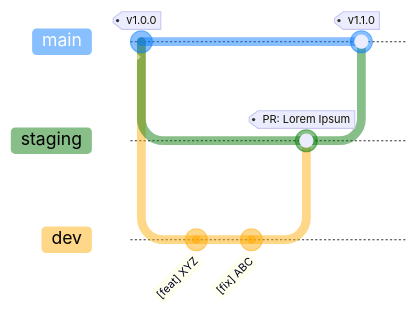
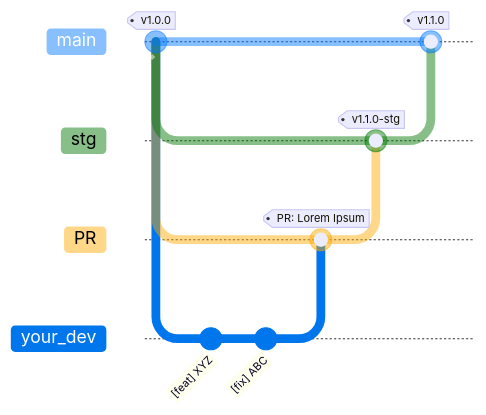
One commit to LucasGoncSilva/swarden changed the first of 3 diagrams in .github/CONTRIBUTING.md. Above: the diagram before and after it, drawn with Mermaid. The commit also changed other lines of this file and 1 other file, not shown here.

````diff
--- a/.github/CONTRIBUTING.md
+++ b/.github/CONTRIBUTING.md
@@ -96,19 +96,22 @@
 ```mermaid
 %%{init: { 'logLevel': 'debug', 'themeVariables': {
             'git0': '#0077ff77',
             'git1': '#00770077',
             'git2': '#ffaa0077'
     } } }%%
 
 gitGraph
     commit id: " " tag: "v1.0.0"
-    branch staging
-    branch dev
-    checkout dev
+    branch stg
+    branch PR
+    branch your_dev
+    checkout your_dev
     commit id: "[feat] XYZ"
     commit id: "[fix] ABC"
-    checkout staging
-    merge dev tag: "PR: Lorem Ipsum"
+    checkout PR
+    merge your_dev tag: "PR: Lorem Ipsum"
+    checkout stg
+    merge PR tag: "v1.1.0-stg"
     checkout main
-    merge staging tag: "v1.1.0"
+    merge stg tag: "v1.1.0"
 ```
````
